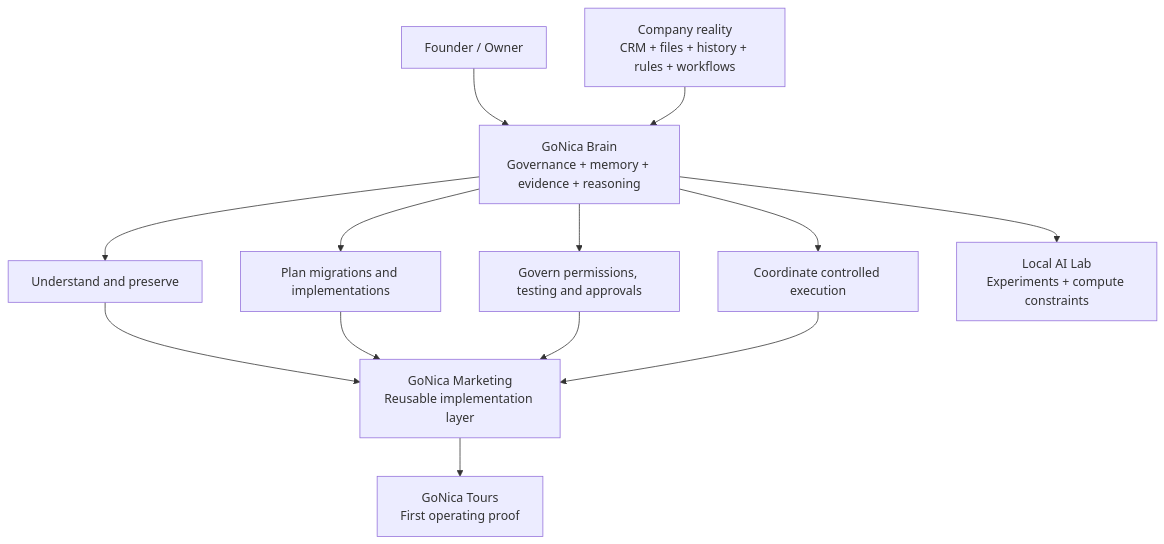
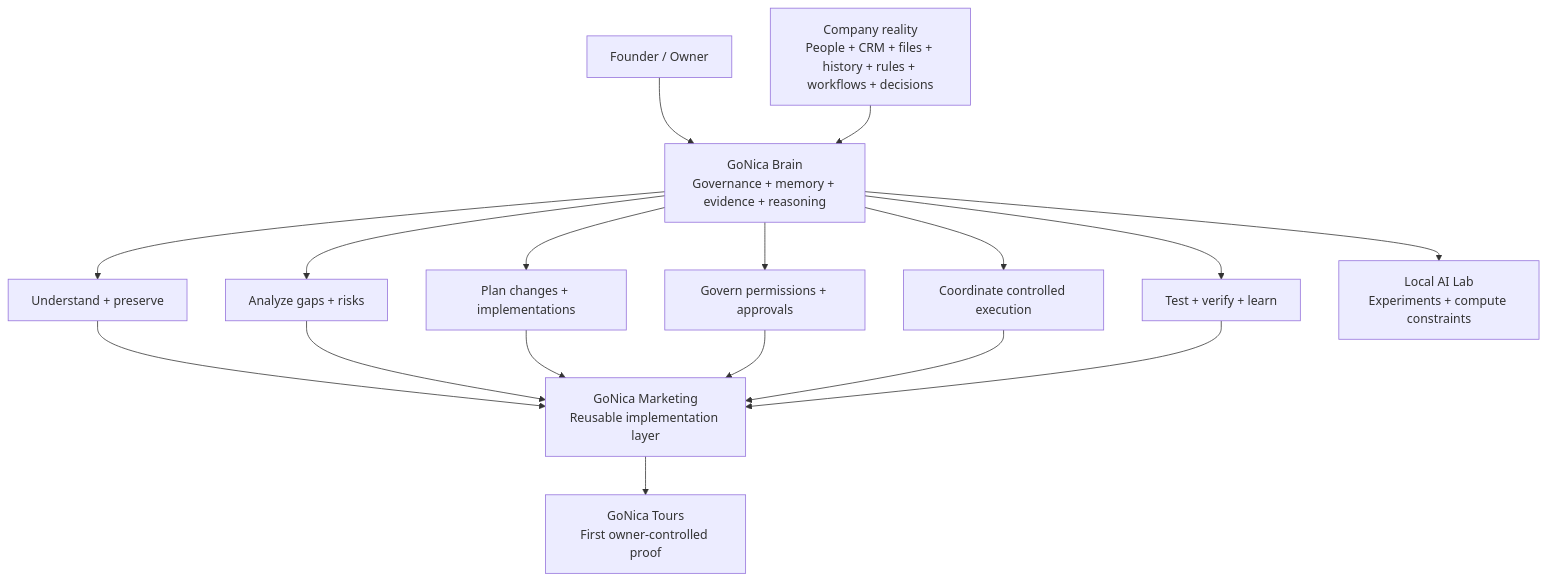
One commit to Alvaro-Olivas/GoNica-Evidence-Room changed the diagram in README.md. Above: the diagram before and after it, drawn with Mermaid. The commit also changed other lines of this file, not shown here.

````diff
--- a/README.md
+++ b/README.md
@@ -13,15 +13,19 @@
 ```mermaid
 flowchart TD
     O[Founder / Owner] --> B[GoNica Brain\nGovernance + memory + evidence + reasoning]
-    R[Company reality\nCRM + files + history + rules + workflows] --> B
-    B --> U[Understand and preserve]
-    B --> P[Plan migrations and implementations]
-    B --> G[Govern permissions, testing and approvals]
+    R[Company reality\nPeople + CRM + files + history + rules + workflows + decisions] --> B
+    B --> U[Understand + preserve]
+    B --> A[Analyze gaps + risks]
+    B --> P[Plan changes + implementations]
+    B --> G[Govern permissions + approvals]
     B --> X[Coordinate controlled execution]
+    B --> V[Test + verify + learn]
     U --> M[GoNica Marketing\nReusable implementation layer]
+    A --> M
     P --> M
     G --> M
     X --> M
-    M --> T[GoNica Tours\nFirst operating proof]
+    V --> M
+    M --> T[GoNica Tours\nFirst owner-controlled proof]
     B --> L[Local AI Lab\nExperiments + compute constraints]
 ```
````
